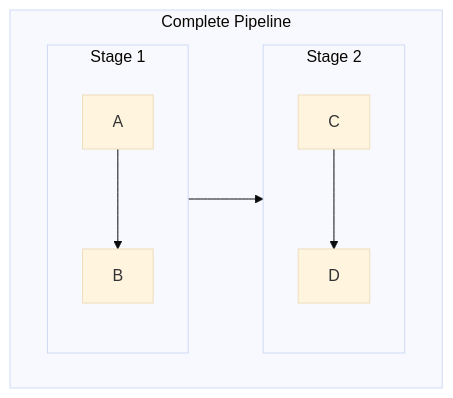
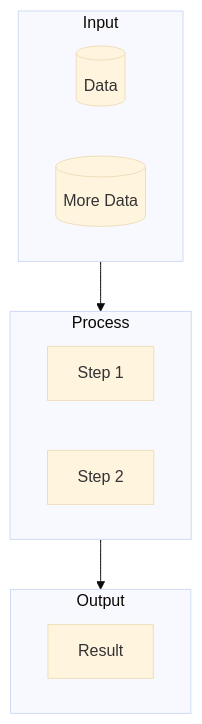
Before and after one commit to hlife0/MCM-Killer: diagram 19 of 26 in workspace/2025_C/.claude/agent_knowledge/visualizer/mermaid_advanced_templates.md, drawn with Mermaid (base theme). The commit also changed other lines of this file and 20 other files, not shown here.

````diff
--- a/workspace/2025_C/.claude/agent_knowledge/visualizer/mermaid_advanced_templates.md
+++ b/workspace/2025_C/.claude/agent_knowledge/visualizer/mermaid_advanced_templates.md
@@ -508,12 +743,15 @@
 ```mermaid
 flowchart TB
-    subgraph Outer["Complete Pipeline"]
-        subgraph Inner1["Stage 1"]
-            A --> B
-        end
-        subgraph Inner2["Stage 2"]
-            C --> D
-        end
-        Inner1 --> Inner2
+    subgraph Input
+        A[(Data)]
+        B[(More Data)]
     end
+    subgraph Process
+        C[Step 1]
+        D[Step 2]
+    end
+    subgraph Output
+        E[Result]
+    end
+    Input --> Process --> Output
 ```
````
